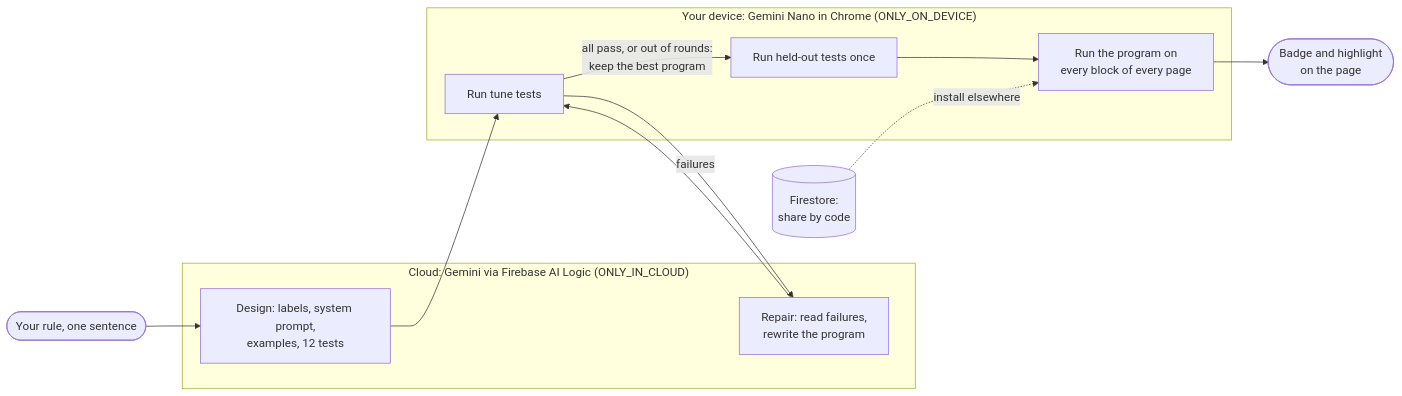
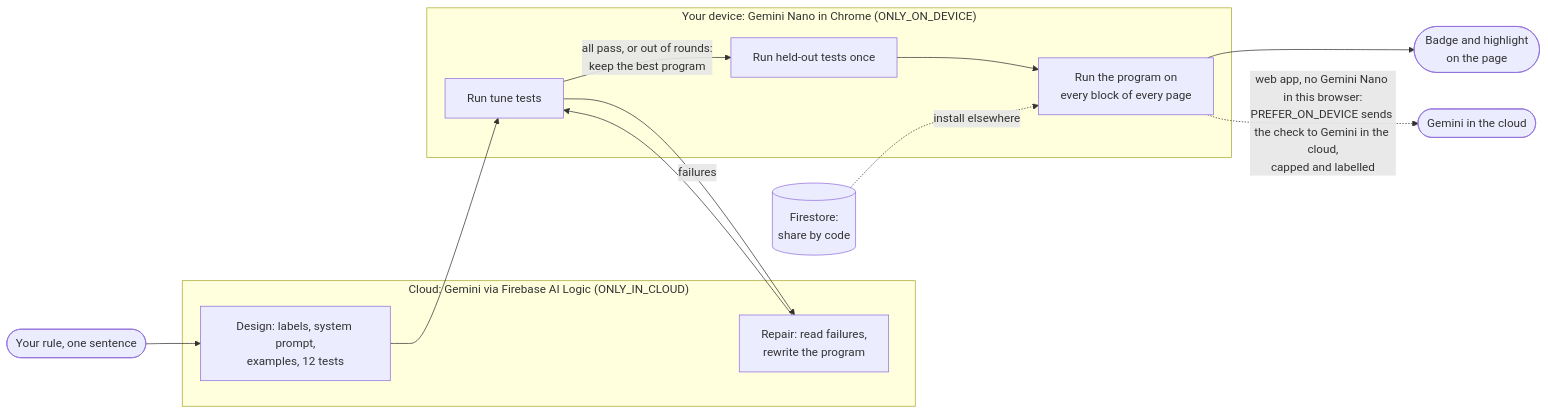
The diagram in README.md (ubmids/cantrip), drawn with Mermaid before and after one commit. The commit also changed other lines of this file and 17 other files, not shown here.

First line of the commit message:
Job-scam shield on the first screen, with Firebase AI Logic hybrid fallback for browsers without Gemini Nano

````diff
--- a/README.md
+++ b/README.md
@@ -63,17 +69,18 @@
 ```mermaid
 flowchart LR
   subgraph Cloud["Cloud: Gemini via Firebase AI Logic (ONLY_IN_CLOUD)"]
     D["Design: labels, system prompt,<br/>examples, 12 tests"]
     R["Repair: read failures,<br/>rewrite the program"]
   end
   subgraph Device["Your device: Gemini Nano in Chrome (ONLY_ON_DEVICE)"]
     T["Run tune tests"]
     H["Run held-out tests once"]
     P["Run the program on<br/>every block of every page"]
   end
   U(["Your rule, one sentence"]) --> D --> T
   T -- "failures" --> R --> T
   T -- "all pass, or out of rounds:<br/>keep the best program" --> H --> P
   P --> B(["Badge and highlight<br/>on the page"])
   FS[("Firestore:<br/>share by code")] -. "install elsewhere" .-> P
+  P -. "web app, no Gemini Nano in this browser:<br/>PREFER_ON_DEVICE sends the check to Gemini in the cloud,<br/>capped and labelled" .-> C(["Gemini in the cloud"])
 ```
````
